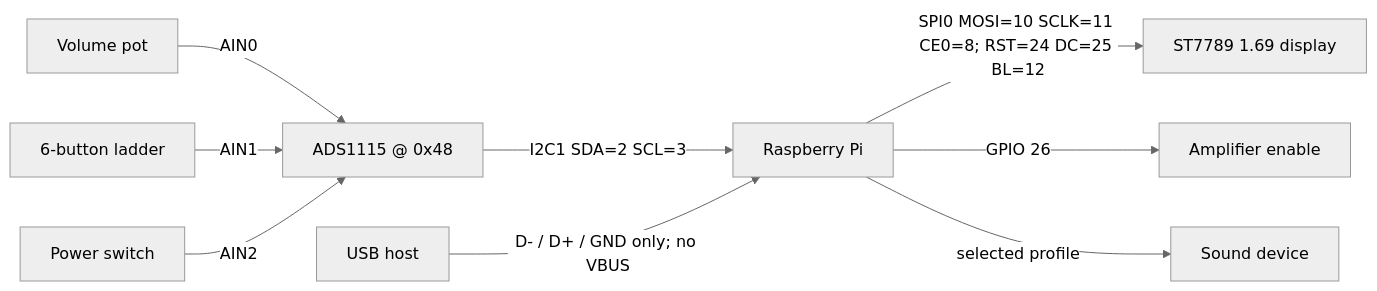
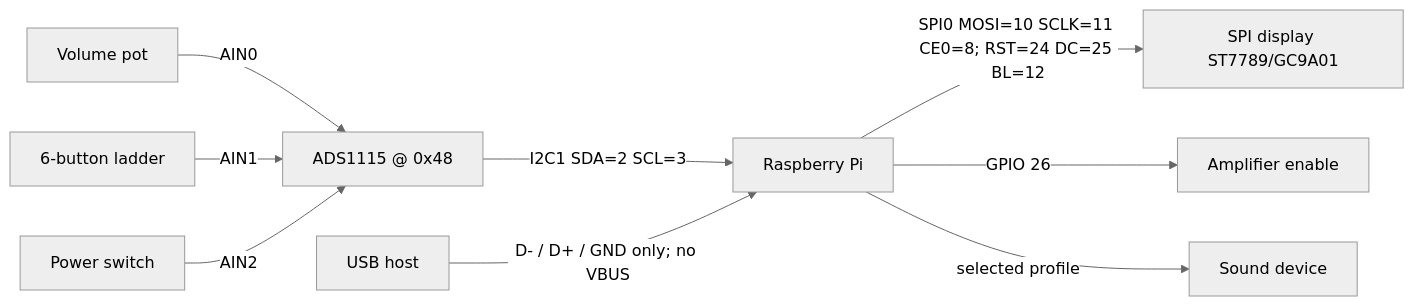
One commit to thk4711/raspberry-kitchen-radio changed the diagram in doc/hardware.md. Above: the diagram before and after it, drawn with Mermaid (neutral theme). The commit also changed other lines of this file and 7 other files, not shown here.

````diff
--- a/doc/hardware.md
+++ b/doc/hardware.md
@@ -61,11 +61,11 @@
 ```mermaid
 graph LR
     POT[Volume pot] -->|AIN0| ADS[ADS1115 @ 0x48]
     BTN[6-button ladder] -->|AIN1| ADS
     SW[Power switch] -->|AIN2| ADS
     ADS -->|I2C1 SDA=2 SCL=3| PI[Raspberry Pi]
-    PI -->|SPI0 MOSI=10 SCLK=11 CE0=8; RST=24 DC=25 BL=12| LCD[ST7789 1.69 display]
+    PI -->|SPI0 MOSI=10 SCLK=11 CE0=8; RST=24 DC=25 BL=12| LCD[SPI display ST7789/GC9A01]
     PI -->|GPIO 26| AMP[Amplifier enable]
     PI -->|selected profile| DAC[Sound device]
     HOST[USB host] -->|D- / D+ / GND only; no VBUS| PI
 ```
````
